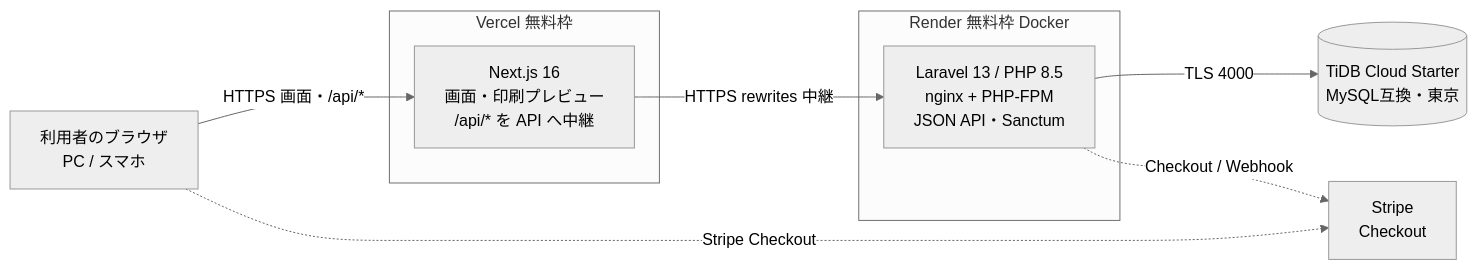
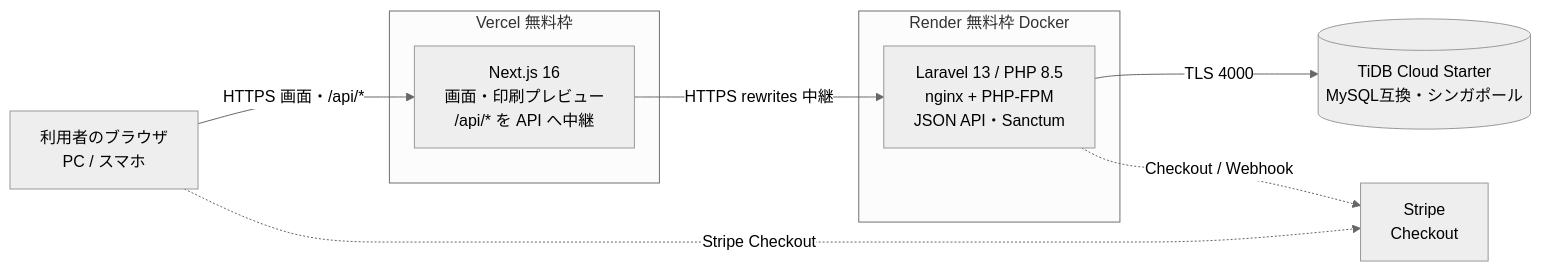
One commit to fm5889rx/repace-app changed the first of 3 diagrams in docs/設計書.md. Above: the diagram before and after it, drawn with Mermaid (neutral theme). The commit also changed other lines of this file and 2 other files, not shown here.

````diff
--- a/docs/設計書.md
+++ b/docs/設計書.md
@@ -12,18 +12,18 @@
 ```mermaid
 flowchart LR
     U[利用者のブラウザ<br/>PC / スマホ]
     subgraph Vercel[Vercel 無料枠]
         N[Next.js 16<br/>画面・印刷プレビュー<br/>/api/* を API へ中継]
     end
     subgraph Render[Render 無料枠 Docker]
         L[Laravel 13 / PHP 8.5<br/>nginx + PHP-FPM<br/>JSON API・Sanctum]
     end
-    D[(TiDB Cloud Starter<br/>MySQL互換・東京)]
+    D[(TiDB Cloud Starter<br/>MySQL互換・シンガポール)]
     S[Stripe<br/>Checkout]
 
     U -->|HTTPS 画面・/api/*| N
     N -->|HTTPS rewrites 中継| L
     L -->|TLS 4000| D
     L -.->|Checkout / Webhook| S
     U -.->|Stripe Checkout| S
 ```
````
